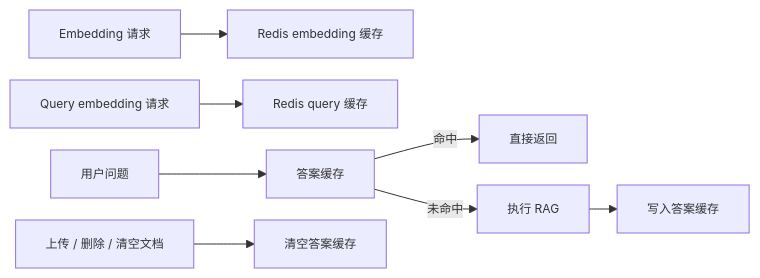
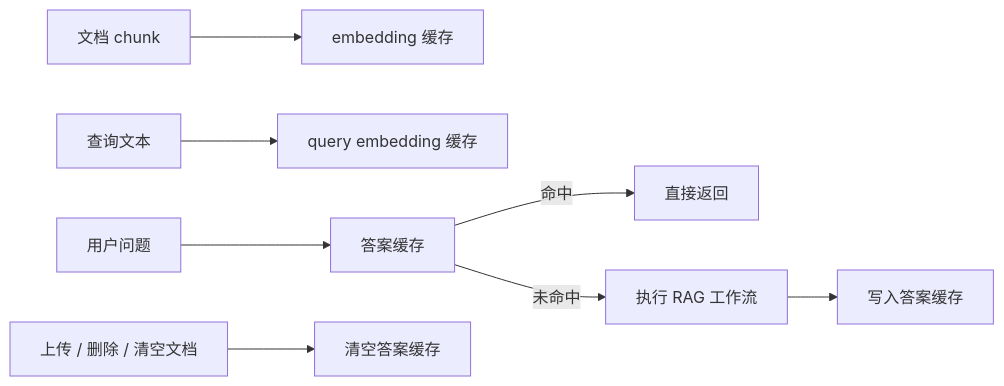
The fifth of 5 diagrams in README.md (TheLadyOfCute/Multi-Agent-RAG), drawn with Mermaid before and after one commit. The commit also changed other lines of this file, not shown here.

````diff
--- a/README.md
+++ b/README.md
@@ -205,11 +225,10 @@
 ```mermaid
-%%{init: {"themeVariables": {"fontSize": "12px"}, "flowchart": {"nodeSpacing": 22, "rankSpacing": 28}}}%%
 flowchart LR
-  A["Embedding 请求"] --> B["Redis embedding 缓存"]
-  C["Query embedding 请求"] --> D["Redis query 缓存"]
+  A["文档 chunk"] --> B["embedding 缓存"]
+  C["查询文本"] --> D["query embedding 缓存"]
   E["用户问题"] --> F["答案缓存"]
   F -->|"命中"| G["直接返回"]
-  F -->|"未命中"| H["执行 RAG"]
+  F -->|"未命中"| H["执行 RAG 工作流"]
   H --> I["写入答案缓存"]
   J["上传 / 删除 / 清空文档"] --> K["清空答案缓存"]
 ```
````
